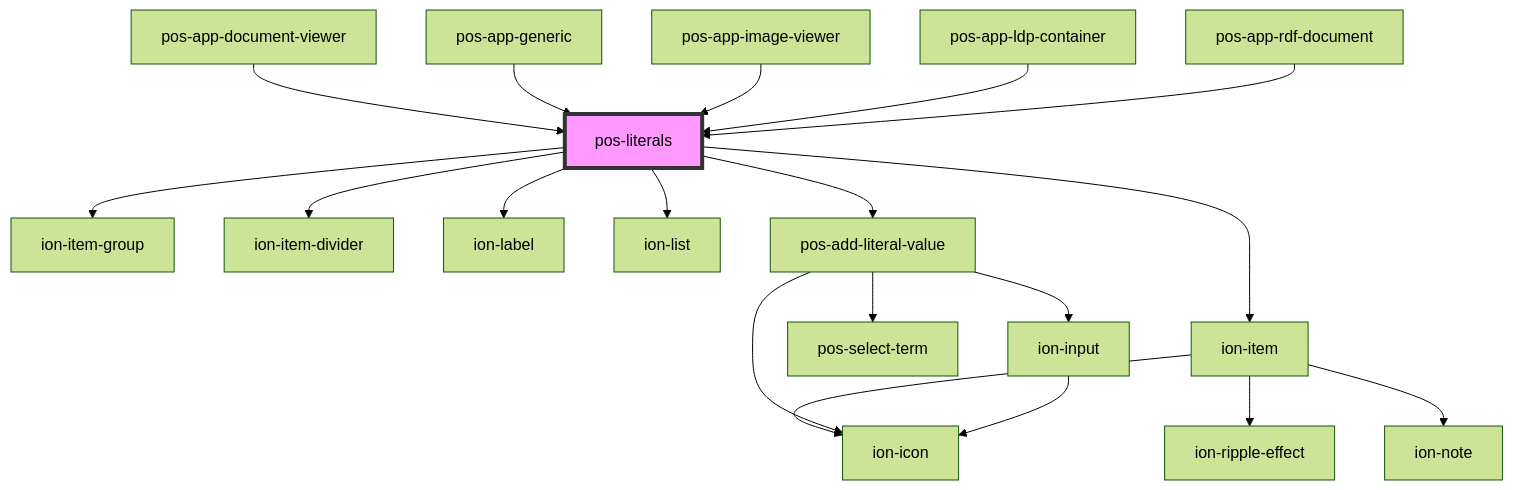
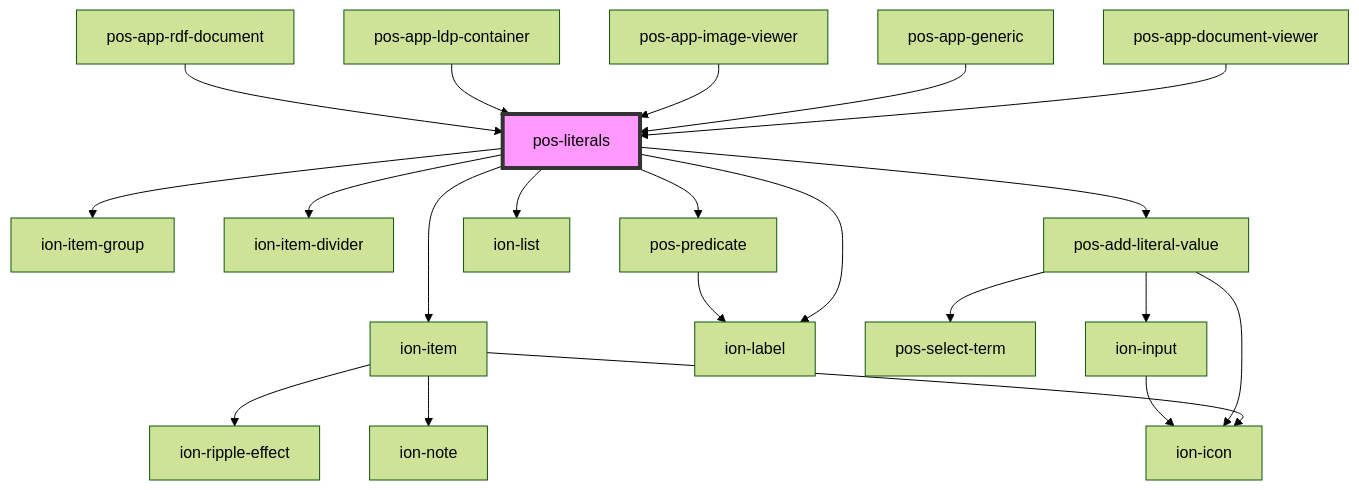
One commit to pod-os/PodOS changed the diagram in docs/elements/components/pos-literals/readme.md. Above: the diagram before and after it, drawn with Mermaid (forest theme). The commit also changed other lines of this file and 7 other files, not shown here.

Commit message:
feat(elements): add pos-predicate and use it in pos-literals

````diff
--- a/docs/elements/components/pos-literals/readme.md
+++ b/docs/elements/components/pos-literals/readme.md
@@ -35,22 +36,24 @@
 ```mermaid
 graph TD;
   pos-literals --> ion-item-group
   pos-literals --> ion-item-divider
+  pos-literals --> pos-predicate
+  pos-literals --> ion-item
   pos-literals --> ion-label
-  pos-literals --> ion-item
   pos-literals --> ion-list
   pos-literals --> pos-add-literal-value
+  pos-predicate --> ion-label
   ion-item --> ion-icon
   ion-item --> ion-ripple-effect
   ion-item --> ion-note
   pos-add-literal-value --> ion-icon
   pos-add-literal-value --> pos-select-term
   pos-add-literal-value --> ion-input
   ion-input --> ion-icon
   pos-app-document-viewer --> pos-literals
   pos-app-generic --> pos-literals
   pos-app-image-viewer --> pos-literals
   pos-app-ldp-container --> pos-literals
   pos-app-rdf-document --> pos-literals
   style pos-literals fill:#f9f,stroke:#333,stroke-width:4px
 ```
````
